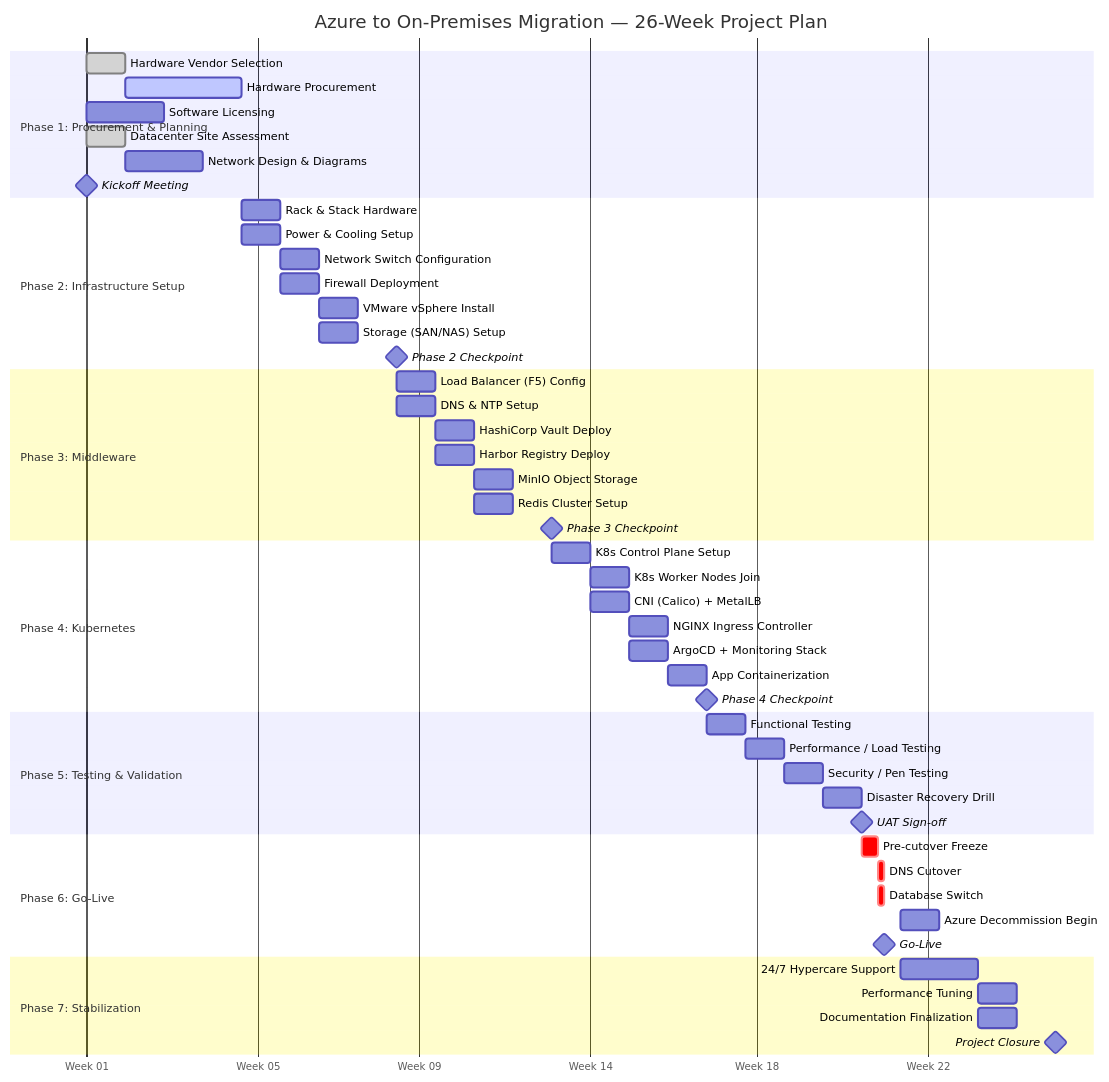
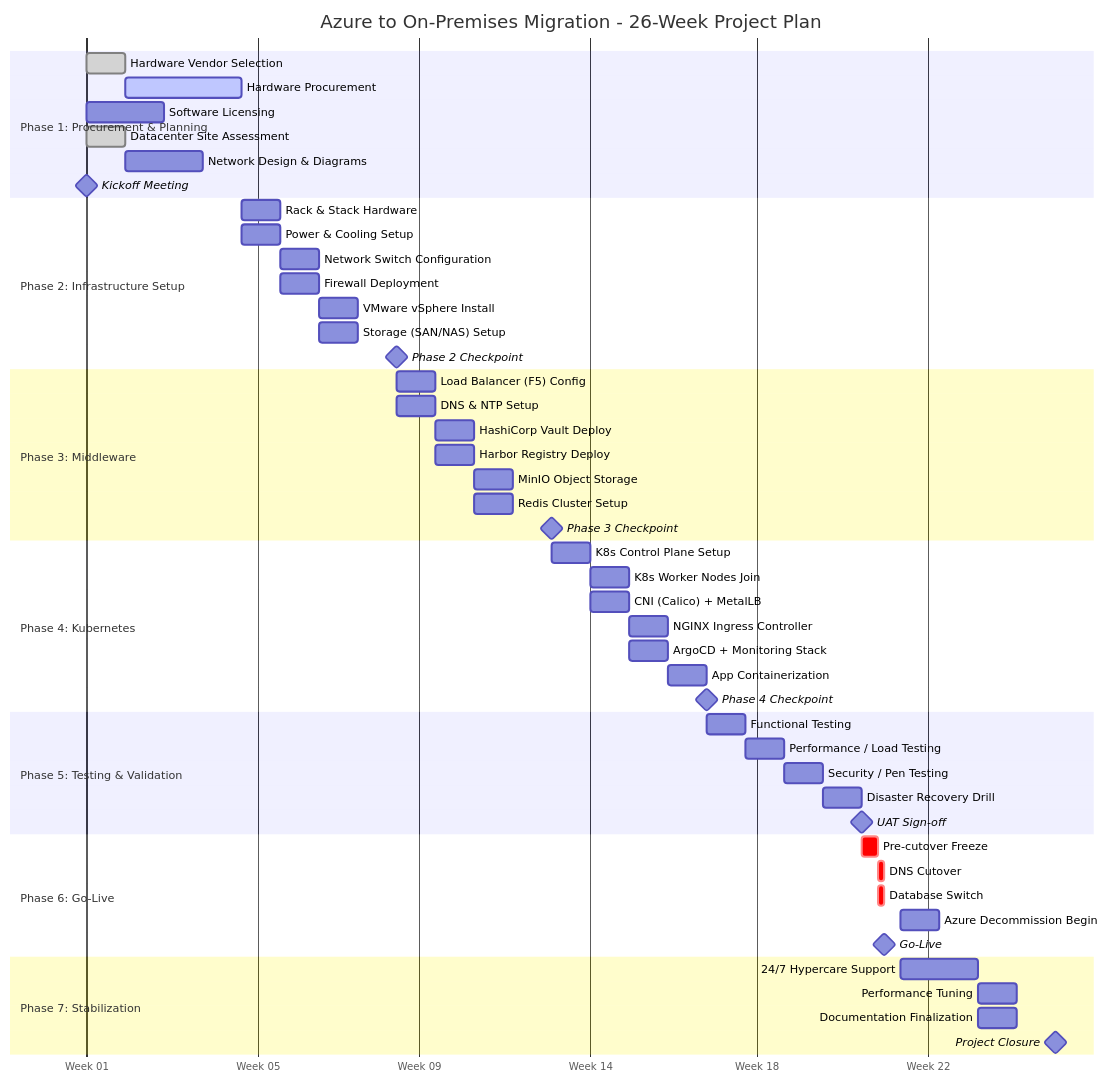
Before and after one commit to Shasi19/Azure-VxRail-VMware-Migration: the first of 5 diagrams in docs/Volume-2-Migration-Strategy/02-Phase-Implementation-Guide.md, drawn with Mermaid. The commit also changed 7 other files, not shown here.

First line of the commit message:
Fix all remaining Mermaid render issues across all files

````diff
--- a/docs/Volume-2-Migration-Strategy/02-Phase-Implementation-Guide.md
+++ b/docs/Volume-2-Migration-Strategy/02-Phase-Implementation-Guide.md
@@ -8,61 +8,61 @@
 ```mermaid
 gantt
-    title Azure to On-Premises Migration — 26-Week Project Plan
+    title Azure to On-Premises Migration  -  26-Week Project Plan
     dateFormat  YYYY-MM-DD
     axisFormat  Week %W
 
     section Phase 1: Procurement & Planning
     Hardware Vendor Selection          :done,    p1a, 2024-01-01, 7d
     Hardware Procurement               :active,  p1b, 2024-01-08, 21d
     Software Licensing                 :         p1c, 2024-01-01, 14d
     Datacenter Site Assessment         :done,    p1d, 2024-01-01, 7d
     Network Design & Diagrams          :         p1e, 2024-01-08, 14d
     Kickoff Meeting                    :milestone, 2024-01-01, 0d
 
     section Phase 2: Infrastructure Setup
     Rack & Stack Hardware              :         p2a, 2024-01-29, 7d
     Power & Cooling Setup              :         p2b, 2024-01-29, 7d
     Network Switch Configuration       :         p2c, 2024-02-05, 7d
     Firewall Deployment                :         p2d, 2024-02-05, 7d
     VMware vSphere Install             :         p2e, 2024-02-12, 7d
     Storage (SAN/NAS) Setup            :         p2f, 2024-02-12, 7d
     Phase 2 Checkpoint                 :milestone, 2024-02-26, 0d
 
     section Phase 3: Middleware
     Load Balancer (F5) Config          :         p3a, 2024-02-26, 7d
     DNS & NTP Setup                    :         p3b, 2024-02-26, 7d
     HashiCorp Vault Deploy             :         p3c, 2024-03-04, 7d
     Harbor Registry Deploy             :         p3d, 2024-03-04, 7d
     MinIO Object Storage               :         p3e, 2024-03-11, 7d
     Redis Cluster Setup                :         p3f, 2024-03-11, 7d
     Phase 3 Checkpoint                 :milestone, 2024-03-25, 0d
 
     section Phase 4: Kubernetes
     K8s Control Plane Setup            :         p4a, 2024-03-25, 7d
     K8s Worker Nodes Join              :         p4b, 2024-04-01, 7d
     CNI (Calico) + MetalLB             :         p4c, 2024-04-01, 7d
     NGINX Ingress Controller           :         p4d, 2024-04-08, 7d
     ArgoCD + Monitoring Stack          :         p4e, 2024-04-08, 7d
     App Containerization               :         p4f, 2024-04-15, 7d
     Phase 4 Checkpoint                 :milestone, 2024-04-22, 0d
 
     section Phase 5: Testing & Validation
     Functional Testing                 :         p5a, 2024-04-22, 7d
     Performance / Load Testing         :         p5b, 2024-04-29, 7d
     Security / Pen Testing             :         p5c, 2024-05-06, 7d
     Disaster Recovery Drill            :         p5d, 2024-05-13, 7d
     UAT Sign-off                       :milestone, 2024-05-20, 0d
 
     section Phase 6: Go-Live
     Pre-cutover Freeze                 :crit,    p6a, 2024-05-20, 3d
     DNS Cutover                        :crit,    p6b, 2024-05-23, 1d
     Database Switch                    :crit,    p6c, 2024-05-23, 1d
     Azure Decommission Begin           :         p6d, 2024-05-27, 7d
     Go-Live                            :milestone, 2024-05-24, 0d
 
     section Phase 7: Stabilization
     24/7 Hypercare Support             :         p7a, 2024-05-27, 14d
     Performance Tuning                 :         p7b, 2024-06-10, 7d
     Documentation Finalization         :         p7c, 2024-06-10, 7d
     Project Closure                    :milestone, 2024-06-24, 0d
 ```
````
